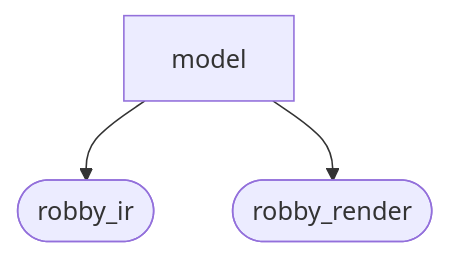
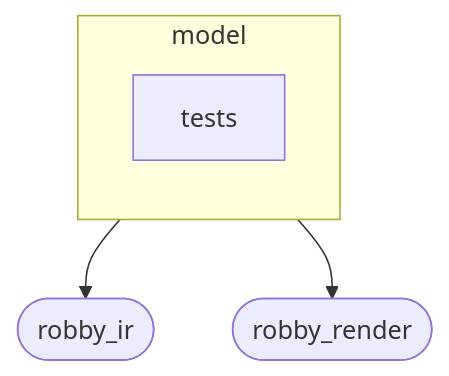
One commit to RyanGuild/self-describing-code changed the second of 3 diagrams in docs/self-model/robby_ir/model/index.md. Above: the diagram before and after it, drawn with Mermaid. The commit also changed other lines of this file and 747 other files, not shown here.

````diff
--- a/docs/self-model/robby_ir/model/index.md
+++ b/docs/self-model/robby_ir/model/index.md
@@ -136,8 +142,11 @@
 ```mermaid
 flowchart TB
-    n_48c15551e2e91996["model"]
+    subgraph n_48c15551e2e91996["model"]
+        direction TB
+        n_7a7533aa2a3d72ab["tests"]
+    end
     n_356bf2c23da68961(["robby_ir"])
     n_9c636b098ca4450e(["robby_render"])
     n_48c15551e2e91996 --> n_356bf2c23da68961
     n_48c15551e2e91996 --> n_9c636b098ca4450e
 ```
````
